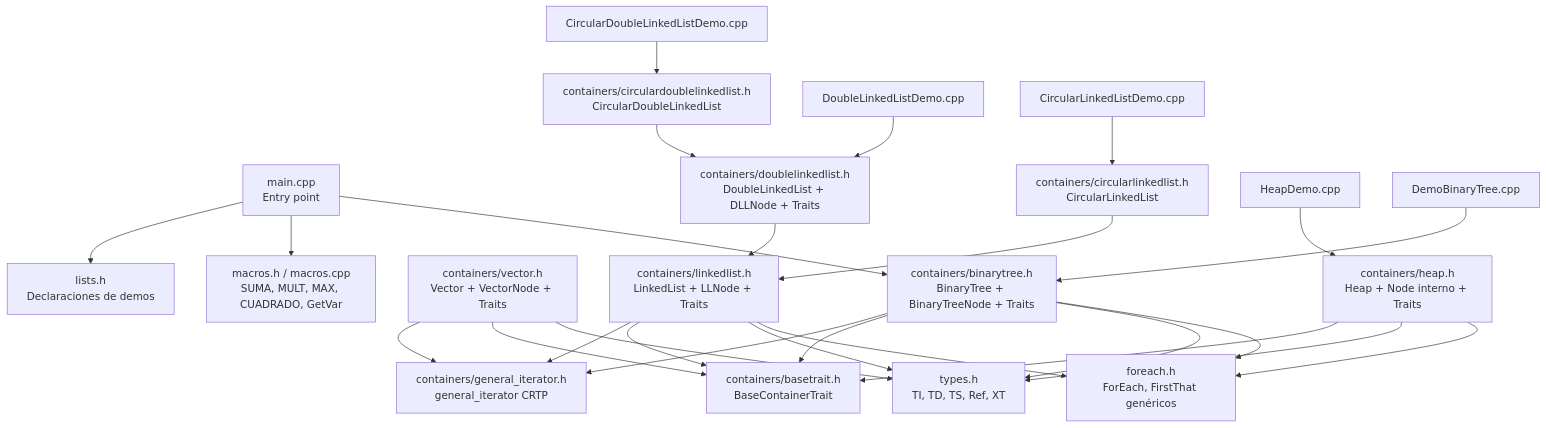
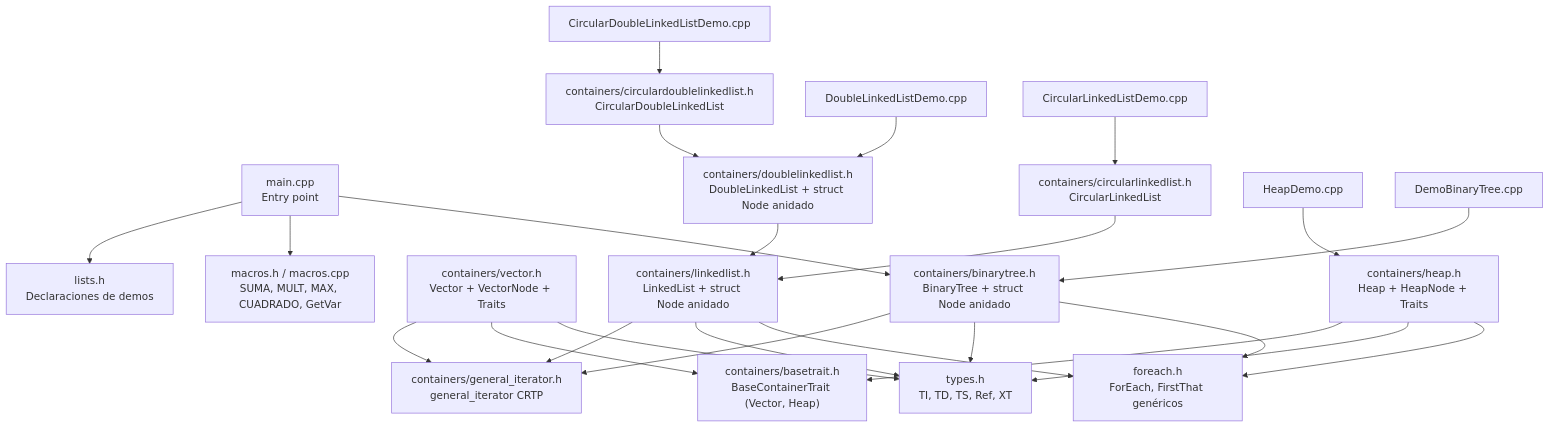
The eighth of 10 diagrams in README.md (Camilo-vinatea/2026-I-MCC001-AED), drawn with Mermaid before and after one commit. The commit also changed other lines of this file and 1 other file, not shown here.

````diff
--- a/README.md
+++ b/README.md
@@ -462,52 +400,49 @@
 ```mermaid
 graph TD
     main["main.cpp<br/>Entry point"]
     lists["lists.h<br/>Declaraciones de demos"]
     types["types.h<br/>TI, TD, TS, Ref, XT"]
     macros["macros.h / macros.cpp<br/>SUMA, MULT, MAX, CUADRADO, GetVar"]
     foreach["foreach.h<br/>ForEach, FirstThat genéricos"]
-    basetrait["containers/basetrait.h<br/>BaseContainerTrait"]
+    basetrait["containers/basetrait.h<br/>BaseContainerTrait (Vector, Heap)"]
     geniter["containers/general_iterator.h<br/>general_iterator CRTP"]
     vector["containers/vector.h<br/>Vector + VectorNode + Traits"]
-    ll["containers/linkedlist.h<br/>LinkedList + LLNode + Traits"]
-    dll["containers/doublelinkedlist.h<br/>DoubleLinkedList + DLLNode + Traits"]
+    ll["containers/linkedlist.h<br/>LinkedList + struct Node anidado"]
+    dll["containers/doublelinkedlist.h<br/>DoubleLinkedList + struct Node anidado"]
     cll["containers/circularlinkedlist.h<br/>CircularLinkedList"]
     cdll["containers/circulardoublelinkedlist.h<br/>CircularDoubleLinkedList"]
+    heap["containers/heap.h<br/>Heap + HeapNode + Traits"]
+    bt["containers/binarytree.h<br/>BinaryTree + struct Node anidado"]
 
     DemoLL["DoubleLinkedListDemo.cpp"]
     DemoCLL["CircularLinkedListDemo.cpp"]
     DemoCDLL["CircularDoubleLinkedListDemo.cpp"]
     DemoHeap["HeapDemo.cpp"]
-    heap["containers/heap.h<br/>Heap + Node interno + Traits"]
+    DemoBT["DemoBinaryTree.cpp"]
 
     main --> lists
     main --> macros
+    main --> bt
     DemoLL --> dll
     DemoCLL --> cll
     DemoCDLL --> cdll
-    bt["containers/binarytree.h<br/>BinaryTree + BinaryTreeNode + Traits"]
-    DemoBT["DemoBinaryTree.cpp"]
-
     DemoHeap --> heap
-    main --> bt
     DemoBT --> bt
 
     dll --> ll
     cll --> ll
     cdll --> dll
 
     ll --> geniter
-    ll --> basetrait
     ll --> types
     ll --> foreach
     vector --> geniter
     vector --> basetrait
     vector --> types
     heap --> basetrait
     heap --> types
     heap --> foreach
     bt --> geniter
-    bt --> basetrait
     bt --> types
     bt --> foreach
 ```
````
